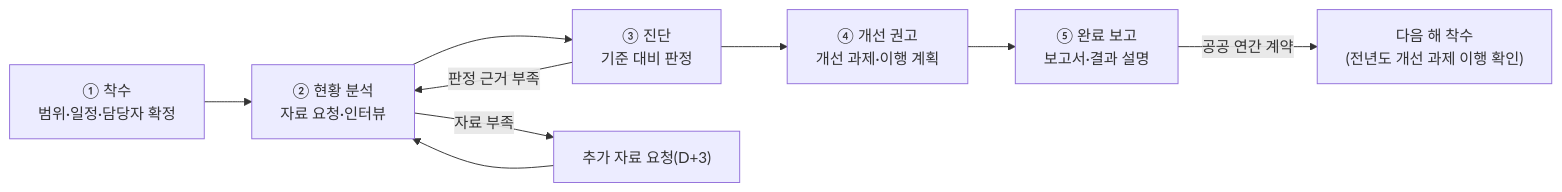
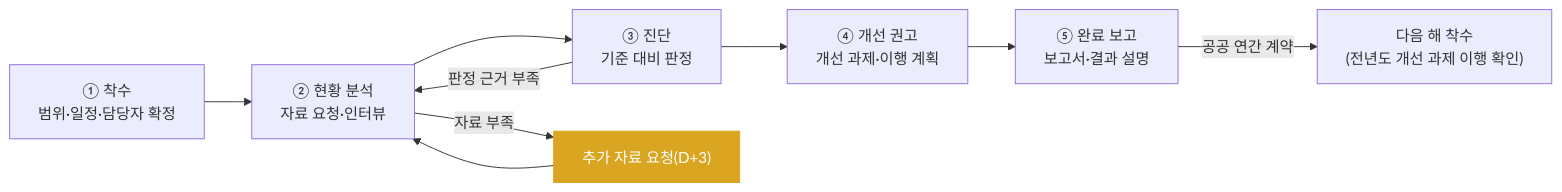
The third of 7 diagrams in 1_학습_챕터/1주차_컨설팅_기본기/01_컨설팅_업무_흐름과_신입의_역할.md (sinbearr/Advanced_PrivacyStudy), drawn with Mermaid before and after one commit. The commit also changed other lines of this file, not shown here.

````diff
--- a/1_학습_챕터/1주차_컨설팅_기본기/01_컨설팅_업무_흐름과_신입의_역할.md
+++ b/1_학습_챕터/1주차_컨설팅_기본기/01_컨설팅_업무_흐름과_신입의_역할.md
@@ -51,11 +98,13 @@
 ```mermaid
 flowchart LR
     A["① 착수<br/>범위·일정·담당자 확정"] --> B["② 현황 분석<br/>자료 요청·인터뷰"]
     B --> C["③ 진단<br/>기준 대비 판정"]
     C --> D["④ 개선 권고<br/>개선 과제·이행 계획"]
     D --> E["⑤ 완료 보고<br/>보고서·결과 설명"]
     B -->|"자료 부족"| B2["추가 자료 요청(D+3)"]
     B2 --> B
     C -->|"판정 근거 부족"| B
     E -->|"공공 연간 계약"| F["다음 해 착수<br/>(전년도 개선 과제 이행 확인)"]
+    classDef warn fill:#daa520,stroke:#daa520,color:#fff
+    class B2 warn
 ```
````
